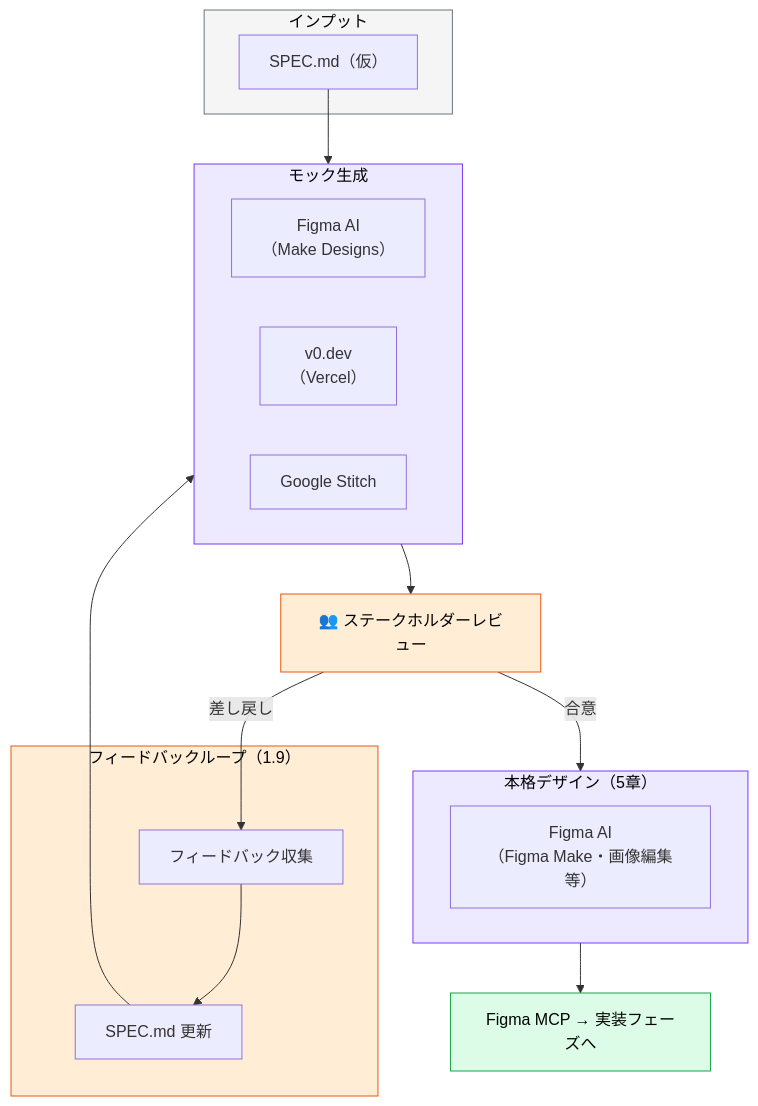
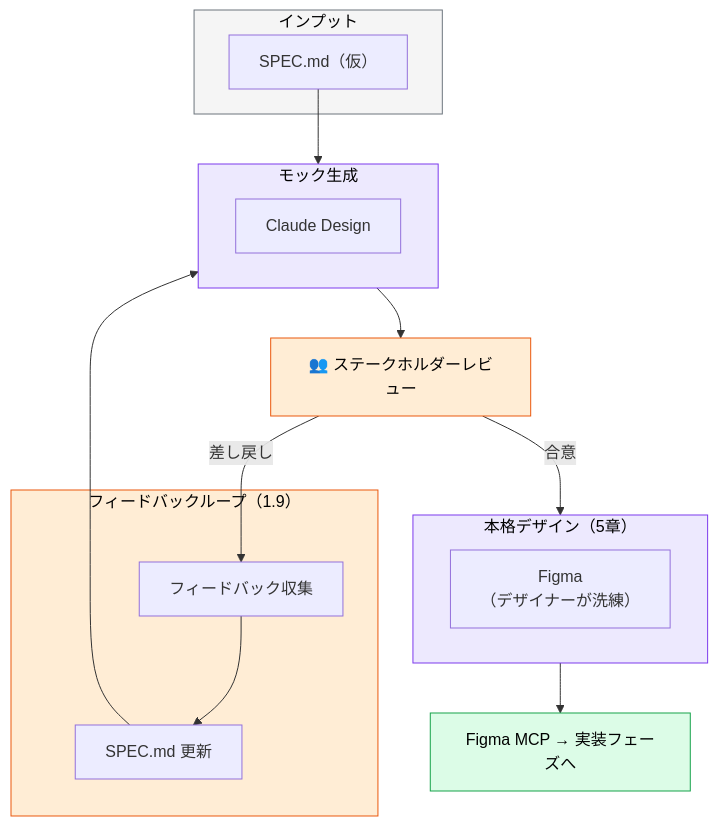
Before and after one commit to takuma39/ai: diagram 16 of 49 in AI駆動開発.md, drawn with Mermaid. The commit also changed other lines of this file, not shown here.

````diff
--- a/AI駆動開発.md
+++ b/AI駆動開発.md
@@ -730,40 +730,38 @@
 ```mermaid
 graph TD
     subgraph input["インプット"]
         MD["SPEC.md（仮）"]
     end
 
     subgraph mock["モック生成"]
-        FigmaAI["Figma AI<br/>（Make Designs）"]
-        V0["v0.dev<br/>（Vercel）"]
-        Stitch["Google Stitch"]
+        ClaudeDesign["Claude Design"]
     end
 
     Review["👥 ステークホルダーレビュー"]
 
     subgraph loopbox["フィードバックループ（1.9）"]
         Feedback["フィードバック収集"]
         Update["SPEC.md 更新"]
     end
 
     subgraph design["本格デザイン（5章）"]
-        Figma["Figma AI<br/>（Figma Make・画像編集等）"]
+        Figma["Figma<br/>（デザイナーが洗練）"]
     end
 
     FigmaMCP["Figma MCP → 実装フェーズへ"]
 
     MD --> mock
     mock --> Review
     Review -->|"差し戻し"| Feedback
     Feedback --> Update
     Update --> mock
     Review -->|"合意"| design
     design --> FigmaMCP
 
     style input fill:#f5f5f5,stroke:#6c757d,color:#000
     style mock fill:#ede9fe,stroke:#7c3aed,color:#000
     style Review fill:#ffedd5,stroke:#ea580c,color:#000
     style loopbox fill:#ffedd5,stroke:#ea580c,color:#000
     style design fill:#ede9fe,stroke:#7c3aed,color:#000
     style FigmaMCP fill:#dcfce7,stroke:#16a34a,color:#000
 ```
````
